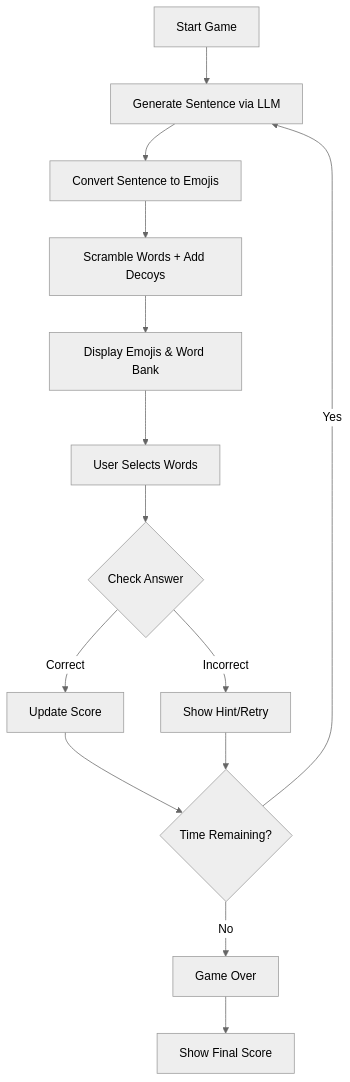
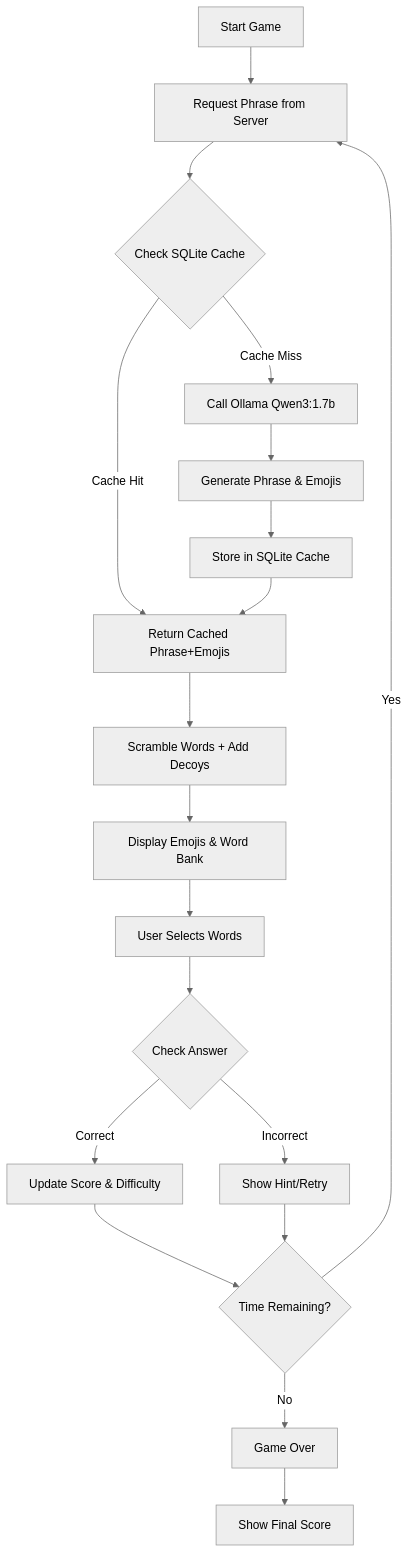
One commit to yogthos/emojiq changed the first of 2 diagrams in architecture.md. Above: the diagram before and after it, drawn with Mermaid (neutral theme). The commit also changed other lines of this file and 15 other files, not shown here.

````diff
--- a/architecture.md
+++ b/architecture.md
@@ -5,16 +5,21 @@
 ```mermaid
 flowchart TD
-    A[Start Game] --> B[Generate Sentence via LLM]
-    B --> C[Convert Sentence to Emojis]
-    C --> D[Scramble Words + Add Decoys]
-    D --> E[Display Emojis & Word Bank]
-    E --> F[User Selects Words]
-    F --> G{Check Answer}
-    G -->|Correct| H[Update Score]
-    G -->|Incorrect| I[Show Hint/Retry]
-    H --> J{Time Remaining?}
-    I --> J
-    J -->|Yes| B
-    J -->|No| K[Game Over]
-    K --> L[Show Final Score]
+    A[Start Game] --> B[Request Phrase from Server]
+    B --> C{Check SQLite Cache}
+    C -->|Cache Hit| D[Return Cached Phrase+Emojis]
+    C -->|Cache Miss| E[Call Ollama Qwen3:1.7b]
+    E --> F[Generate Phrase & Emojis]
+    F --> G[Store in SQLite Cache]
+    G --> D
+    D --> H[Scramble Words + Add Decoys]
+    H --> I[Display Emojis & Word Bank]
+    I --> J[User Selects Words]
+    J --> K{Check Answer}
+    K -->|Correct| L[Update Score & Difficulty]
+    K -->|Incorrect| M[Show Hint/Retry]
+    L --> N{Time Remaining?}
+    M --> N
+    N -->|Yes| B
+    N -->|No| O[Game Over]
+    O --> P[Show Final Score]
 ```
````
